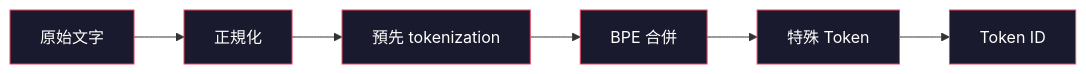
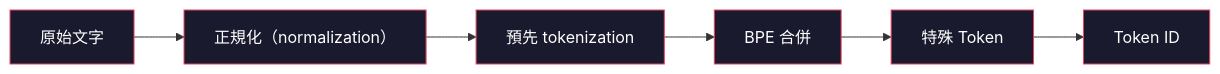
Before and after one commit to edward821220/ai-engineering-from-scratch: the diagram in i18n/zh-TW/phases/10-llms-from-scratch/02-building-a-tokenizer/docs/zh-TW.md, drawn with Mermaid. The commit also changed other lines of this file and 197 other files, not shown here.

````diff
--- a/i18n/zh-TW/phases/10-llms-from-scratch/02-building-a-tokenizer/docs/zh-TW.md
+++ b/i18n/zh-TW/phases/10-llms-from-scratch/02-building-a-tokenizer/docs/zh-TW.md
@@ -35,15 +35,15 @@
 ```mermaid
 graph LR
-    A[原始文字] --> B[正規化]
+    A[原始文字] --> B[正規化（normalization）]
     B --> C[預先 tokenization]
     C --> D[BPE 合併]
     D --> E[特殊 Token]
     E --> F[Token ID]
 
     style A fill:#1a1a2e,stroke:#e94560,color:#fff
     style B fill:#1a1a2e,stroke:#e94560,color:#fff
     style C fill:#1a1a2e,stroke:#e94560,color:#fff
     style D fill:#1a1a2e,stroke:#e94560,color:#fff
     style E fill:#1a1a2e,stroke:#e94560,color:#fff
     style F fill:#1a1a2e,stroke:#e94560,color:#fff
 ```
````
